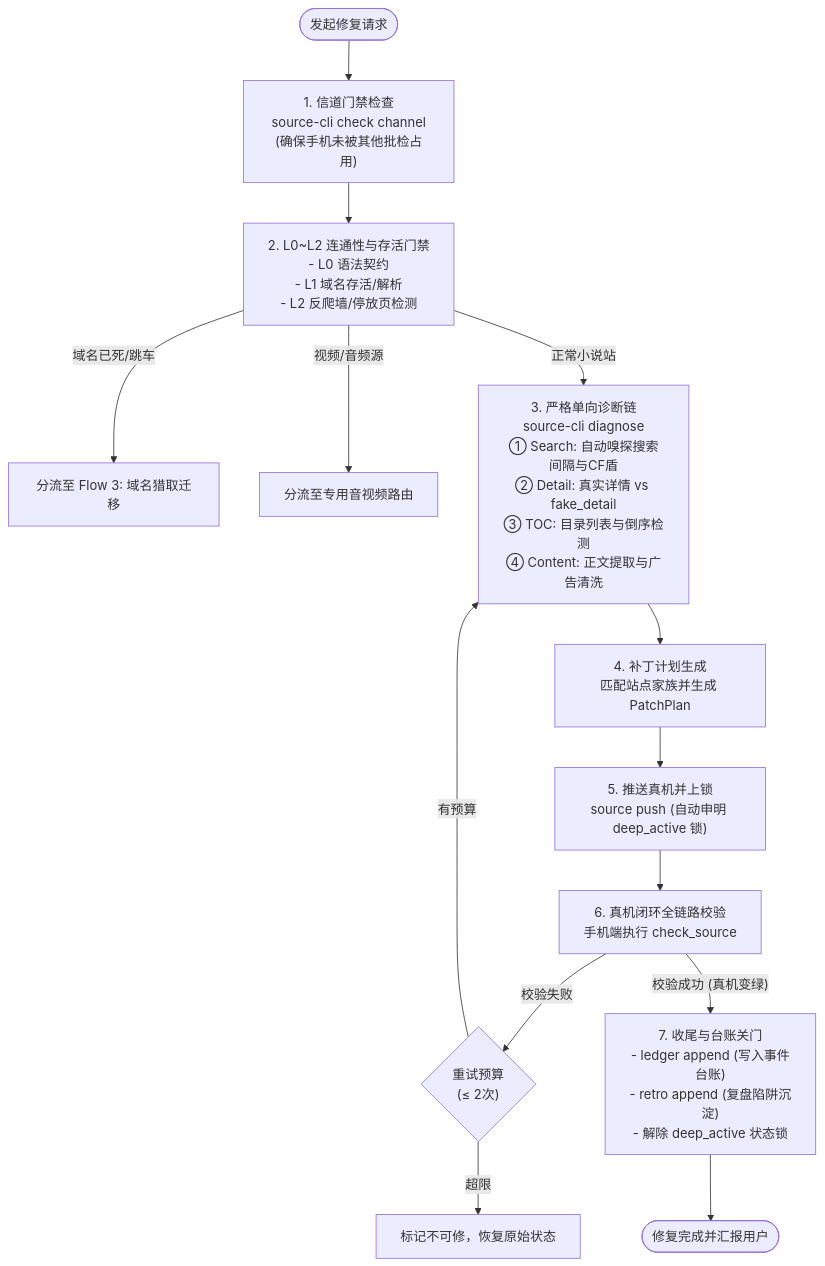
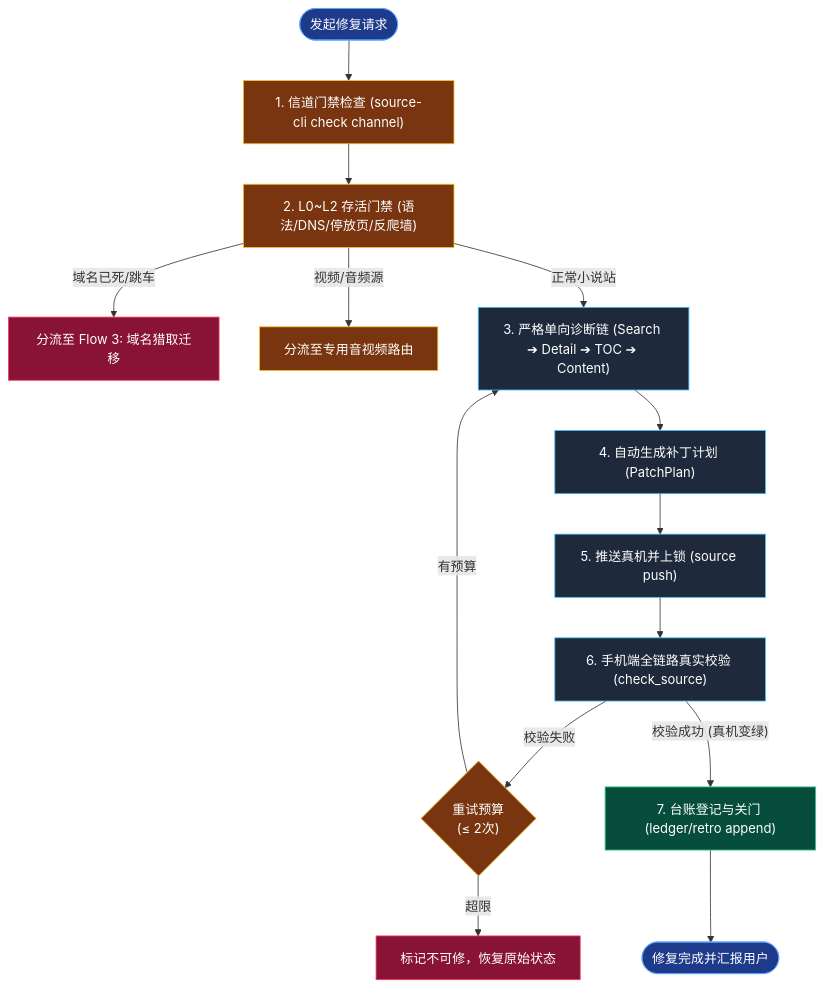
The second of 5 diagrams in docs/reference/flow-architecture-and-dispatch.md (h11128/legado-cli), drawn with Mermaid before and after one commit. The commit also changed other lines of this file and 2 other files, not shown here.

Commit message:
docs(readme): 优化双语README架构调度图高对比色彩与紧凑流程管道 closes #1134

````diff
--- a/docs/reference/flow-architecture-and-dispatch.md
+++ b/docs/reference/flow-architecture-and-dispatch.md
@@ -42,20 +86,26 @@
 ```mermaid
-graph TD
-    Start(["发起修复请求"]) --> Lock["1. 信道门禁检查<br/>source-cli check channel<br/>(确保手机未被其他批检占用)"]
-    Lock --> Gate["2. L0~L2 连通性与存活门禁<br/>- L0 语法契约<br/>- L1 域名存活/解析<br/>- L2 反爬墙/停放页检测"]
+flowchart TD
+    classDef startNode fill:#1e3a8a,stroke:#60a5fa,color:#fff;
+    classDef gateNode fill:#78350f,stroke:#fbbf24,color:#fff;
+    classDef coreNode fill:#1e293b,stroke:#38bdf8,color:#fff;
+    classDef successNode fill:#064e3b,stroke:#34d399,color:#fff;
+    classDef failNode fill:#881337,stroke:#f43f5e,color:#fff;
+
+    Start(["发起修复请求"]):::startNode --> Lock["1. 信道门禁检查 (source-cli check channel)"]:::gateNode
+    Lock --> Gate["2. L0~L2 存活门禁 (语法/DNS/停放页/反爬墙)"]:::gateNode
     
-    Gate --"域名已死/跳车"--> DivertHunt["分流至 Flow 3: 域名猎取迁移"]
-    Gate --"视频/音频源"--> DivertMedia["分流至专用音视频路由"]
-    Gate --"正常小说站"--> Diagnose["3. 严格单向诊断链<br/>source-cli diagnose<br/>① Search: 自动嗅探搜索间隔与CF盾<br/>② Detail: 真实详情 vs fake_detail<br/>③ TOC: 目录列表与倒序检测<br/>④ Content: 正文提取与广告清洗"]
+    Gate --"域名已死/跳车"--> DivertHunt["分流至 Flow 3: 域名猎取迁移"]:::failNode
+    Gate --"视频/音频源"--> DivertMedia["分流至专用音视频路由"]:::gateNode
+    Gate --"正常小说站"--> Diagnose["3. 严格单向诊断链 (Search ➔ Detail ➔ TOC ➔ Content)"]:::coreNode
     
-    Diagnose --> Patch["4. 补丁计划生成<br/>匹配站点家族并生成 PatchPlan"]
-    Patch --> Push["5. 推送真机并上锁<br/>source push (自动申明 deep_active 锁)"]
-    Push --> Verify["6. 真机闭环全链路校验<br/>手机端执行 check_source"]
+    Diagnose --> Patch["4. 自动生成补丁计划 (PatchPlan)"]:::coreNode
+    Patch --> Push["5. 推送真机并上锁 (source push)"]:::coreNode
+    Push --> Verify["6. 手机端全链路真实校验 (check_source)"]:::coreNode
     
-    Verify --"校验失败"--> RetroFail{"重试预算<br/>(≤ 2次)"}
+    Verify --"校验失败"--> RetroFail{"重试预算<br/>(≤ 2次)"}:::gateNode
     RetroFail --"有预算"--> Diagnose
-    RetroFail --"超限"--> MarkFail["标记不可修，恢复原始状态"]
+    RetroFail --"超限"--> MarkFail["标记不可修，恢复原始状态"]:::failNode
     
-    Verify --"校验成功 (真机变绿)"--> Closeout["7. 收尾与台账关门<br/>- ledger append (写入事件台账)<br/>- retro append (复盘陷阱沉淀)<br/>- 解除 deep_active 状态锁"]
-    Closeout --> End(["修复完成并汇报用户"])
+    Verify --"校验成功 (真机变绿)"--> Closeout["7. 台账登记与关门 (ledger/retro append)"]:::successNode
+    Closeout --> End(["修复完成并汇报用户"]):::startNode
 ```
````
